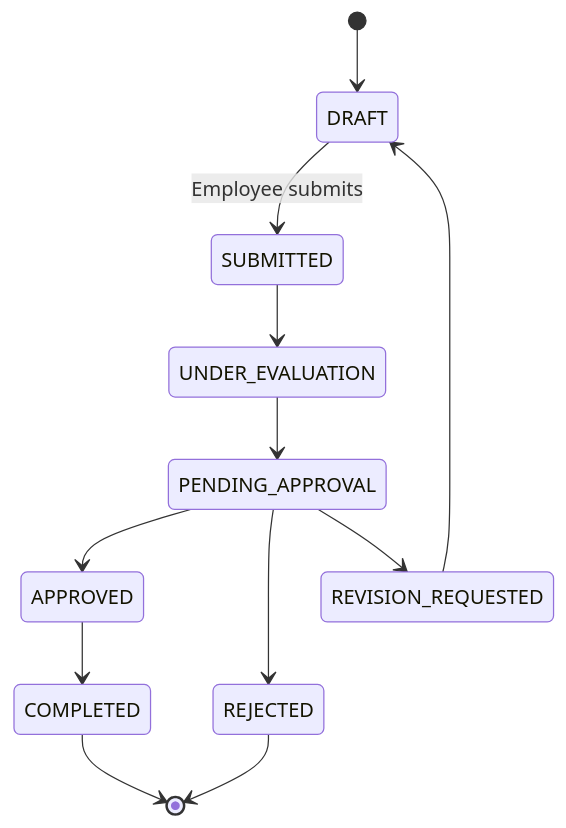
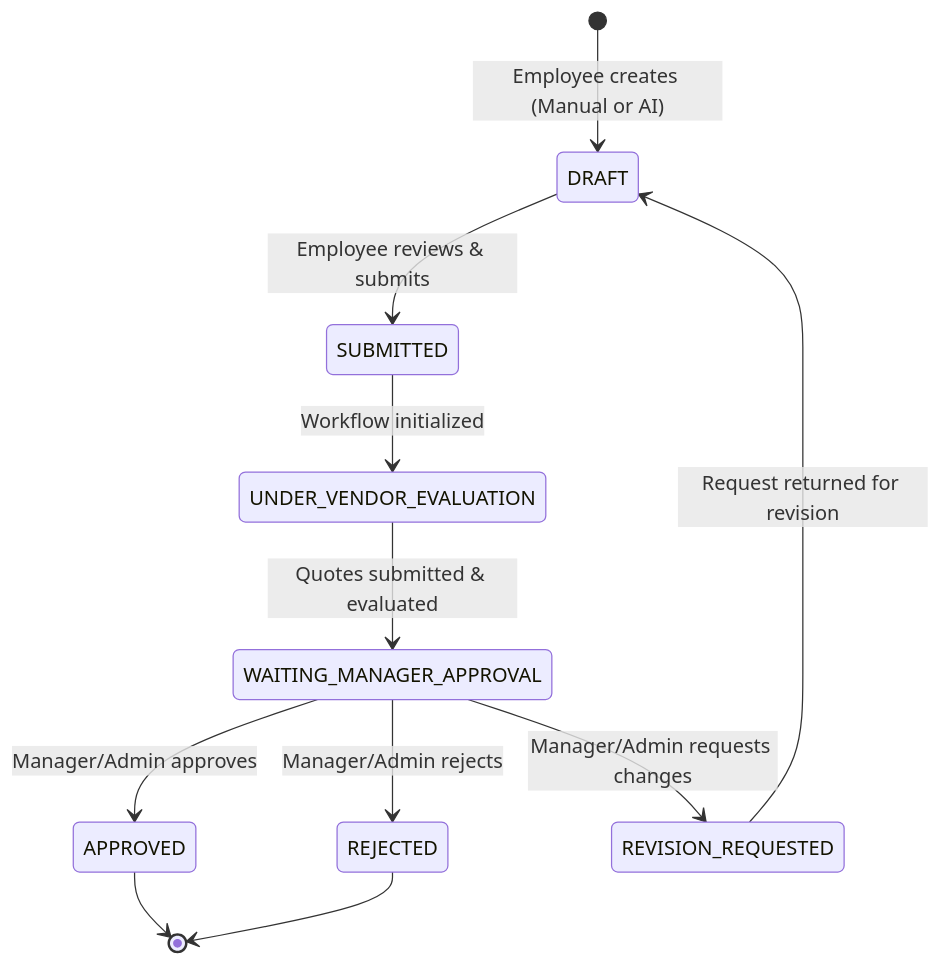
One commit to AlgoDove/Procura changed the second of 2 diagrams in README.md. Above: the diagram before and after it, drawn with Mermaid. The commit also changed other lines of this file, not shown here.

Commit message:
docs: update system documentation with final integrated architecture and deployment guide

````diff
--- a/README.md
+++ b/README.md
@@ -162,17 +211,15 @@
 ```mermaid
 stateDiagram-v2
-    [*] --> DRAFT
-    DRAFT --> SUBMITTED: Employee submits
-    SUBMITTED --> UNDER_EVALUATION
-    UNDER_EVALUATION --> PENDING_APPROVAL
+    [*] --> DRAFT: Employee creates (Manual or AI)
+    DRAFT --> SUBMITTED: Employee reviews & submits
+    SUBMITTED --> UNDER_VENDOR_EVALUATION: Workflow initialized
+    UNDER_VENDOR_EVALUATION --> WAITING_MANAGER_APPROVAL: Quotes submitted & evaluated
+    
+    WAITING_MANAGER_APPROVAL --> APPROVED: Manager/Admin approves
+    WAITING_MANAGER_APPROVAL --> REJECTED: Manager/Admin rejects
+    WAITING_MANAGER_APPROVAL --> REVISION_REQUESTED: Manager/Admin requests changes
 
-    PENDING_APPROVAL --> APPROVED
-    PENDING_APPROVAL --> REJECTED
-    PENDING_APPROVAL --> REVISION_REQUESTED
-
-    APPROVED --> COMPLETED
-    REVISION_REQUESTED --> DRAFT
-
+    REVISION_REQUESTED --> DRAFT: Request returned for revision
+    APPROVED --> [*]
     REJECTED --> [*]
-    COMPLETED --> [*]
 ```
````
